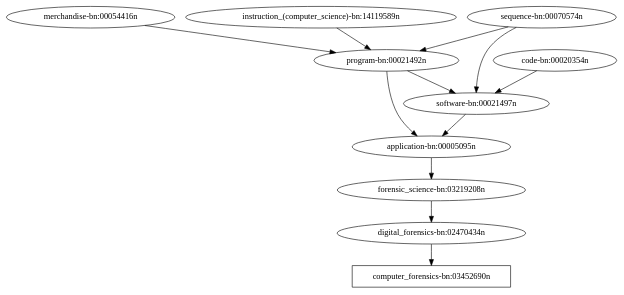
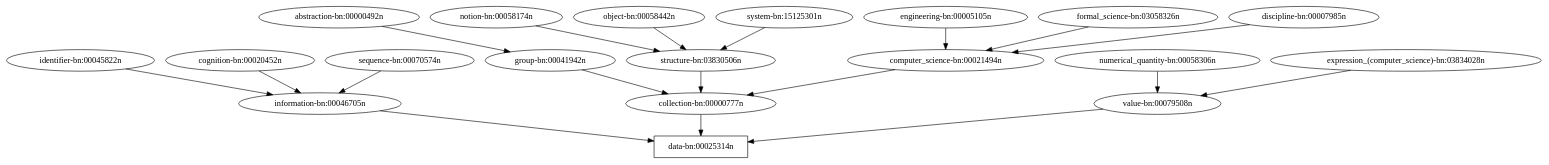
One commit to skoulouzis/TEXT changed the diagram in etc/graphFile5.dot. Above: the diagram before and after it, drawn with Graphviz. The commit also changed 5 other files, not shown here.

Commit message:
get rid of graph api

```diff
--- a/etc/graphFile5.dot
+++ b/etc/graphFile5.dot
@@ -1,14 +1,21 @@
 digraph G {
-"digital_forensics-bn:02470434n" -> "computer_forensics-bn:03452690n"
-"computer_forensics-bn:03452690n" [shape=rectangle]
-"forensic_science-bn:03219208n" -> "digital_forensics-bn:02470434n"
-"application-bn:00005095n" -> "forensic_science-bn:03219208n"
-"program-bn:00021492n" -> "application-bn:00005095n"
-"program-bn:00021492n" -> "software-bn:00021497n"
-"software-bn:00021497n" -> "application-bn:00005095n"
-"merchandise-bn:00054416n" -> "program-bn:00021492n"
-"sequence-bn:00070574n" -> "program-bn:00021492n"
-"sequence-bn:00070574n" -> "software-bn:00021497n"
-"instruction_(computer_science)-bn:14119589n" -> "program-bn:00021492n"
-"code-bn:00020354n" -> "software-bn:00021497n"
+"data-bn:00025314n" [shape=rectangle]
+"information-bn:00046705n" -> "data-bn:00025314n"
+"collection-bn:00000777n" -> "data-bn:00025314n"
+"value-bn:00079508n" -> "data-bn:00025314n"
+"group-bn:00041942n" -> "collection-bn:00000777n"
+"structure-bn:03830506n" -> "collection-bn:00000777n"
+"computer_science-bn:00021494n" -> "collection-bn:00000777n"
+"abstraction-bn:00000492n" -> "group-bn:00041942n"
+"engineering-bn:00005105n" -> "computer_science-bn:00021494n"
+"formal_science-bn:03058326n" -> "computer_science-bn:00021494n"
+"discipline-bn:00007985n" -> "computer_science-bn:00021494n"
+"notion-bn:00058174n" -> "structure-bn:03830506n"
+"object-bn:00058442n" -> "structure-bn:03830506n"
+"system-bn:15125301n" -> "structure-bn:03830506n"
+"numerical_quantity-bn:00058306n" -> "value-bn:00079508n"
+"expression_(computer_science)-bn:03834028n" -> "value-bn:00079508n"
+"identifier-bn:00045822n" -> "information-bn:00046705n"
+"cognition-bn:00020452n" -> "information-bn:00046705n"
+"sequence-bn:00070574n" -> "information-bn:00046705n"
 }
```
